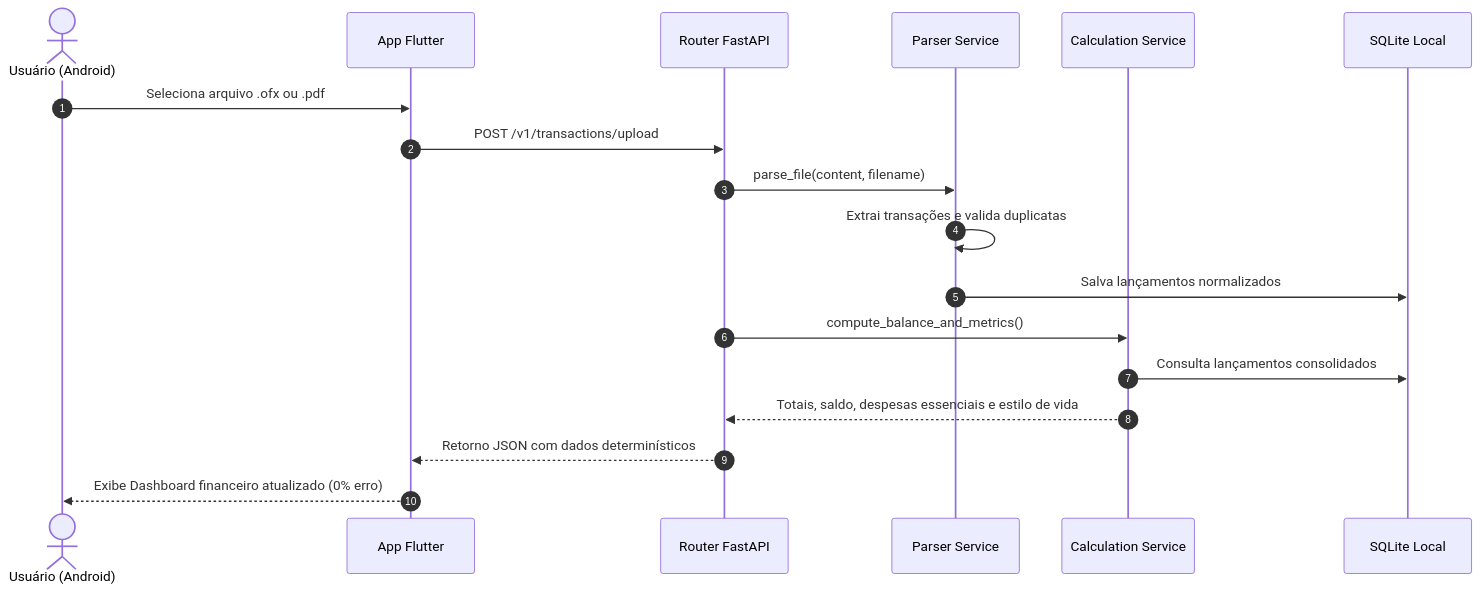
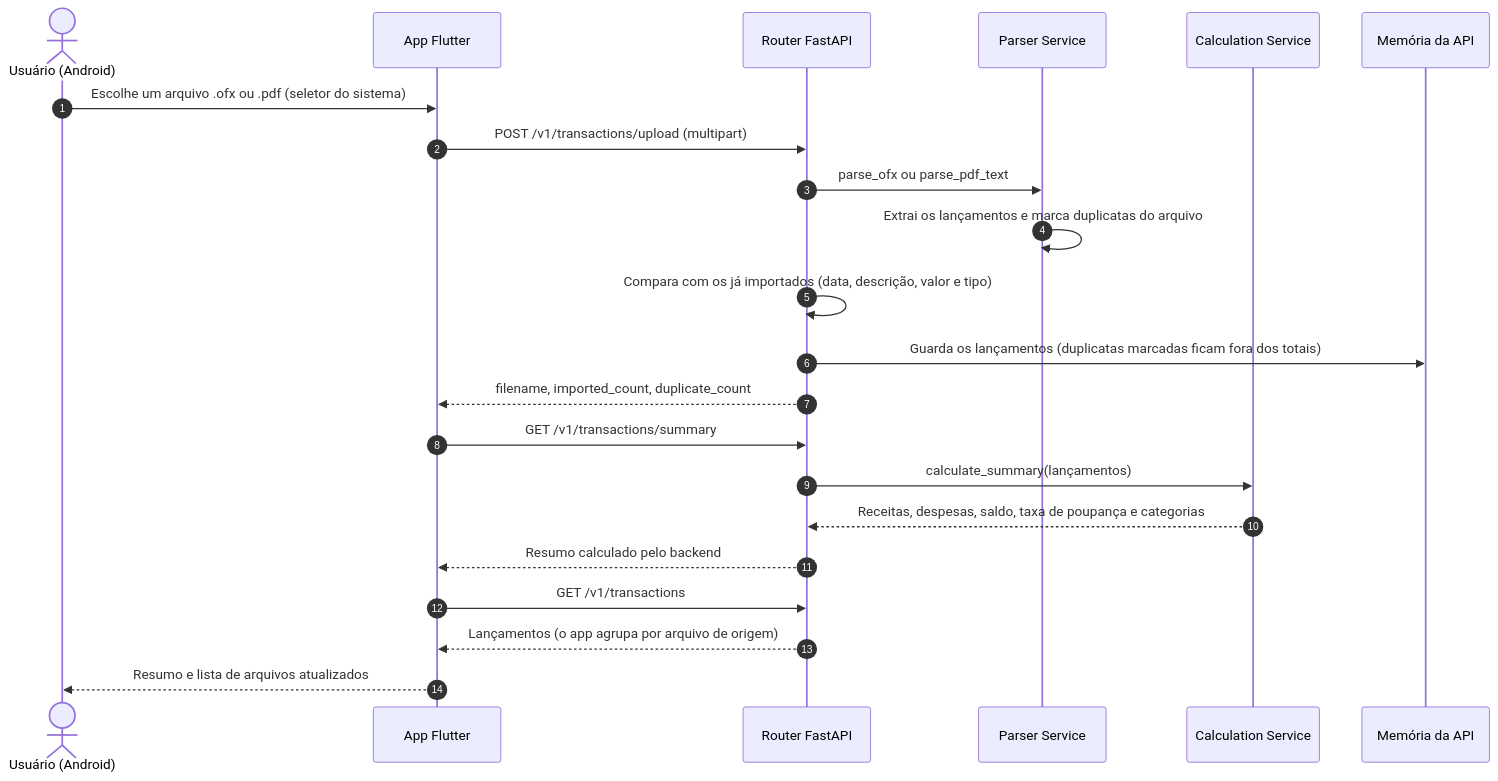
One commit to moonshinerd/trokim changed the second of 5 diagrams in docs/arquitetura/mapa-do-sistema.md. Above: the diagram before and after it, drawn with Mermaid. The commit also changed other lines of this file and 10 other files, not shown here.

````diff
--- a/docs/arquitetura/mapa-do-sistema.md
+++ b/docs/arquitetura/mapa-do-sistema.md
@@ -72,21 +81,25 @@
 ```mermaid
 sequenceDiagram
     autonumber
     actor User as Usuário (Android)
     participant Mobile as App Flutter
     participant API as Router FastAPI
     participant Parser as Parser Service
     participant Calc as Calculation Service
-    participant DB as SQLite Local
+    participant Mem as Memória da API
 
-    User->>Mobile: Seleciona arquivo .ofx ou .pdf
-    Mobile->>API: POST /v1/transactions/upload
-    API->>Parser: parse_file(content, filename)
-    Parser->>Parser: Extrai transações e valida duplicatas
-    Parser->>DB: Salva lançamentos normalizados
-    API->>Calc: compute_balance_and_metrics()
-    Calc->>DB: Consulta lançamentos consolidados
-    Calc-->>API: Totais, saldo, despesas essenciais e estilo de vida
-    API-->>Mobile: Retorno JSON com dados determinísticos
-    Mobile-->>User: Exibe Dashboard financeiro atualizado (0% erro)
+    User->>Mobile: Escolhe um arquivo .ofx ou .pdf (seletor do sistema)
+    Mobile->>API: POST /v1/transactions/upload (multipart)
+    API->>Parser: parse_ofx ou parse_pdf_text
+    Parser->>Parser: Extrai os lançamentos e marca duplicatas do arquivo
+    API->>API: Compara com os já importados (data, descrição, valor e tipo)
+    API->>Mem: Guarda os lançamentos (duplicatas marcadas ficam fora dos totais)
+    API-->>Mobile: filename, imported_count, duplicate_count
+    Mobile->>API: GET /v1/transactions/summary
+    API->>Calc: calculate_summary(lançamentos)
+    Calc-->>API: Receitas, despesas, saldo, taxa de poupança e categorias
+    API-->>Mobile: Resumo calculado pelo backend
+    Mobile->>API: GET /v1/transactions
+    API-->>Mobile: Lançamentos (o app agrupa por arquivo de origem)
+    Mobile-->>User: Resumo e lista de arquivos atualizados
 ```
````
